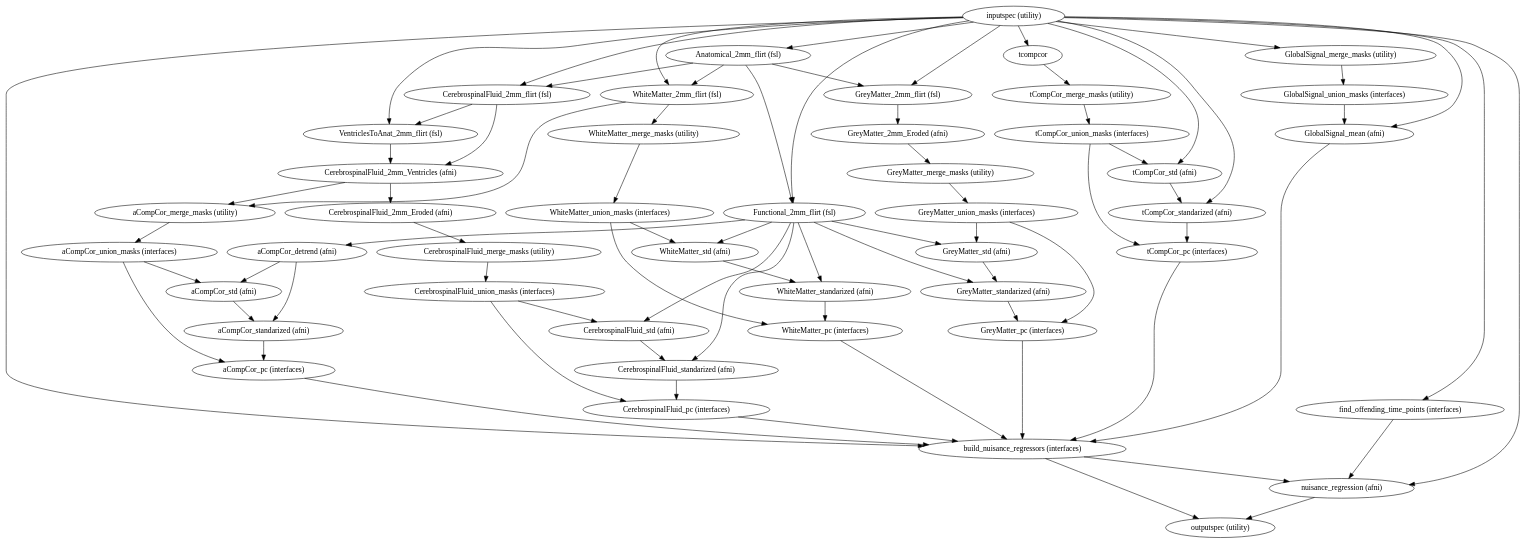
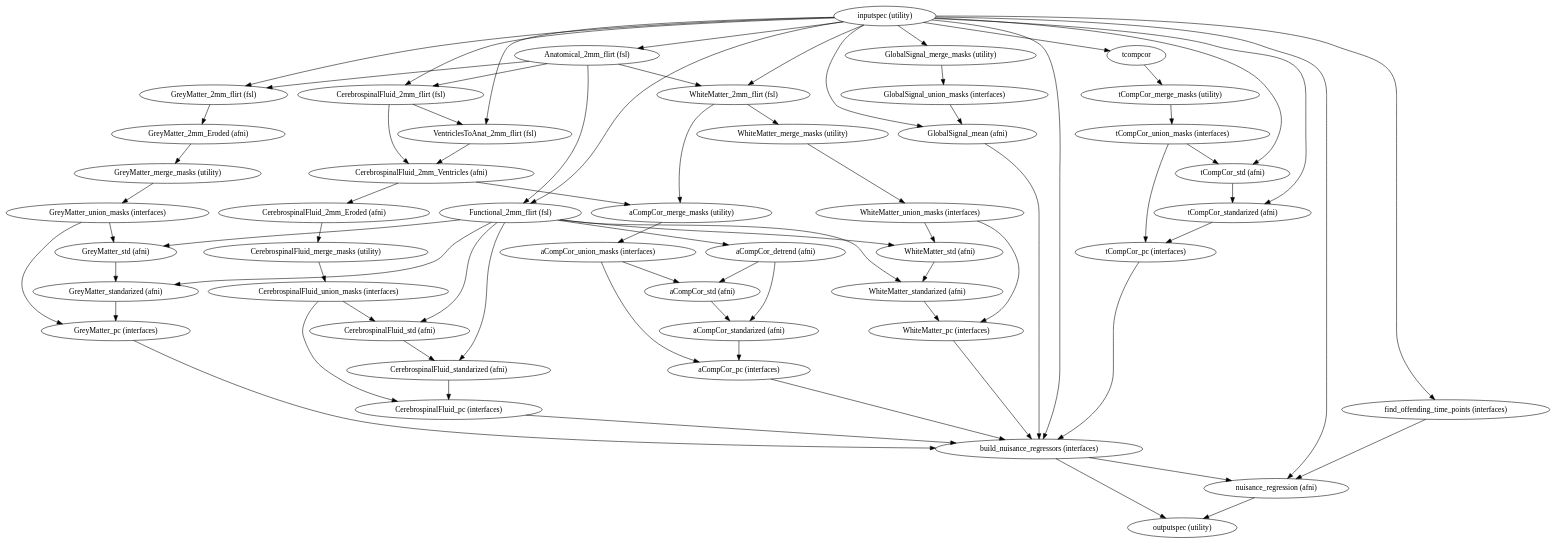
One commit to FCP-INDI/fcp-indi.github.io changed the diagram in docs/developer/workflows/images/generated/nuisance.dot. Above: the diagram before and after it, drawn with Graphviz. The commit also changed other lines of this file and 7 other files, not shown here.

```diff
--- a/docs/developer/workflows/images/generated/nuisance.dot
+++ b/docs/developer/workflows/images/generated/nuisance.dot
@@ -1,121 +1,121 @@
 strict digraph "" {
 "GlobalSignal_union_masks (interfaces)";
 "tCompCor_merge_masks (utility)";
 "CerebrospinalFluid_pc (interfaces)";
 "CerebrospinalFluid_2mm_Eroded (afni)";
 "Anatomical_2mm_flirt (fsl)";
 "inputspec (utility)";
 "GreyMatter_standarized (afni)";
 "aCompCor_detrend (afni)";
 "aCompCor_union_masks (interfaces)";
 "tCompCor_std (afni)";
-"GreyMatter_pc (interfaces)";
 "GreyMatter_union_masks (interfaces)";
 "WhiteMatter_standarized (afni)";
 "CerebrospinalFluid_std (afni)";
 "WhiteMatter_pc (interfaces)";
+"GlobalSignal_merge_masks (utility)";
 "CerebrospinalFluid_union_masks (interfaces)";
 "aCompCor_merge_masks (utility)";
-"find_offending_time_points (interfaces)";
+"GreyMatter_2mm_flirt (fsl)";
 "GlobalSignal_mean (afni)";
 tcompcor;
 "GreyMatter_2mm_Eroded (afni)";
 "CerebrospinalFluid_2mm_flirt (fsl)";
 "aCompCor_pc (interfaces)";
-"GreyMatter_2mm_flirt (fsl)";
 "WhiteMatter_2mm_flirt (fsl)";
 "tCompCor_standarized (afni)";
 "CerebrospinalFluid_merge_masks (utility)";
 "CerebrospinalFluid_standarized (afni)";
 "tCompCor_union_masks (interfaces)";
 "GreyMatter_std (afni)";
 "VentriclesToAnat_2mm_flirt (fsl)";
 "aCompCor_std (afni)";
 "WhiteMatter_merge_masks (utility)";
-"aCompCor_standarized (afni)";
-"GlobalSignal_merge_masks (utility)";
+"find_offending_time_points (interfaces)";
+"GreyMatter_pc (interfaces)";
 "nuisance_regression (afni)";
 "GreyMatter_merge_masks (utility)";
 "CerebrospinalFluid_2mm_Ventricles (afni)";
 "build_nuisance_regressors (interfaces)";
 "outputspec (utility)";
 "WhiteMatter_union_masks (interfaces)";
 "WhiteMatter_std (afni)";
 "Functional_2mm_flirt (fsl)";
 "tCompCor_pc (interfaces)";
+"aCompCor_standarized (afni)";
 "GlobalSignal_union_masks (interfaces)" -> "GlobalSignal_mean (afni)";
 "tCompCor_merge_masks (utility)" -> "tCompCor_union_masks (interfaces)";
 "CerebrospinalFluid_pc (interfaces)" -> "build_nuisance_regressors (interfaces)";
 "CerebrospinalFluid_2mm_Eroded (afni)" -> "CerebrospinalFluid_merge_masks (utility)";
 "Anatomical_2mm_flirt (fsl)" -> "Functional_2mm_flirt (fsl)";
 "Anatomical_2mm_flirt (fsl)" -> "CerebrospinalFluid_2mm_flirt (fsl)";
 "Anatomical_2mm_flirt (fsl)" -> "GreyMatter_2mm_flirt (fsl)";
 "Anatomical_2mm_flirt (fsl)" -> "WhiteMatter_2mm_flirt (fsl)";
 "inputspec (utility)" -> "nuisance_regression (afni)";
+"inputspec (utility)" -> "GlobalSignal_merge_masks (utility)";
 "inputspec (utility)" -> "build_nuisance_regressors (interfaces)";
-"inputspec (utility)" -> "WhiteMatter_2mm_flirt (fsl)";
 "inputspec (utility)" -> "tCompCor_standarized (afni)";
-"inputspec (utility)" -> tcompcor;
+"inputspec (utility)" -> "VentriclesToAnat_2mm_flirt (fsl)";
 "inputspec (utility)" -> "Anatomical_2mm_flirt (fsl)";
-"inputspec (utility)" -> "GlobalSignal_merge_masks (utility)";
 "inputspec (utility)" -> "Functional_2mm_flirt (fsl)";
 "inputspec (utility)" -> "GreyMatter_2mm_flirt (fsl)";
 "inputspec (utility)" -> "GlobalSignal_mean (afni)";
-"inputspec (utility)" -> "VentriclesToAnat_2mm_flirt (fsl)";
+"inputspec (utility)" -> tcompcor;
+"inputspec (utility)" -> "WhiteMatter_2mm_flirt (fsl)";
 "inputspec (utility)" -> "CerebrospinalFluid_2mm_flirt (fsl)";
 "inputspec (utility)" -> "find_offending_time_points (interfaces)";
 "inputspec (utility)" -> "tCompCor_std (afni)";
 "GreyMatter_standarized (afni)" -> "GreyMatter_pc (interfaces)";
 "aCompCor_detrend (afni)" -> "aCompCor_std (afni)";
 "aCompCor_detrend (afni)" -> "aCompCor_standarized (afni)";
 "aCompCor_union_masks (interfaces)" -> "aCompCor_std (afni)";
 "aCompCor_union_masks (interfaces)" -> "aCompCor_pc (interfaces)";
 "tCompCor_std (afni)" -> "tCompCor_standarized (afni)";
-"GreyMatter_pc (interfaces)" -> "build_nuisance_regressors (interfaces)";
 "GreyMatter_union_masks (interfaces)" -> "GreyMatter_pc (interfaces)";
 "GreyMatter_union_masks (interfaces)" -> "GreyMatter_std (afni)";
 "WhiteMatter_standarized (afni)" -> "WhiteMatter_pc (interfaces)";
 "CerebrospinalFluid_std (afni)" -> "CerebrospinalFluid_standarized (afni)";
 "WhiteMatter_pc (interfaces)" -> "build_nuisance_regressors (interfaces)";
+"GlobalSignal_merge_masks (utility)" -> "GlobalSignal_union_masks (interfaces)";
 "CerebrospinalFluid_union_masks (interfaces)" -> "CerebrospinalFluid_pc (interfaces)";
 "CerebrospinalFluid_union_masks (interfaces)" -> "CerebrospinalFluid_std (afni)";
 "aCompCor_merge_masks (utility)" -> "aCompCor_union_masks (interfaces)";
-"find_offending_time_points (interfaces)" -> "nuisance_regression (afni)";
+"GreyMatter_2mm_flirt (fsl)" -> "GreyMatter_2mm_Eroded (afni)";
 "GlobalSignal_mean (afni)" -> "build_nuisance_regressors (interfaces)";
 tcompcor -> "tCompCor_merge_masks (utility)";
 "GreyMatter_2mm_Eroded (afni)" -> "GreyMatter_merge_masks (utility)";
 "CerebrospinalFluid_2mm_flirt (fsl)" -> "CerebrospinalFluid_2mm_Ventricles (afni)";
 "CerebrospinalFluid_2mm_flirt (fsl)" -> "VentriclesToAnat_2mm_flirt (fsl)";
 "aCompCor_pc (interfaces)" -> "build_nuisance_regressors (interfaces)";
-"GreyMatter_2mm_flirt (fsl)" -> "GreyMatter_2mm_Eroded (afni)";
 "WhiteMatter_2mm_flirt (fsl)" -> "WhiteMatter_merge_masks (utility)";
 "WhiteMatter_2mm_flirt (fsl)" -> "aCompCor_merge_masks (utility)";
 "tCompCor_standarized (afni)" -> "tCompCor_pc (interfaces)";
 "CerebrospinalFluid_merge_masks (utility)" -> "CerebrospinalFluid_union_masks (interfaces)";
 "CerebrospinalFluid_standarized (afni)" -> "CerebrospinalFluid_pc (interfaces)";
 "tCompCor_union_masks (interfaces)" -> "tCompCor_pc (interfaces)";
 "tCompCor_union_masks (interfaces)" -> "tCompCor_std (afni)";
 "GreyMatter_std (afni)" -> "GreyMatter_standarized (afni)";
 "VentriclesToAnat_2mm_flirt (fsl)" -> "CerebrospinalFluid_2mm_Ventricles (afni)";
 "aCompCor_std (afni)" -> "aCompCor_standarized (afni)";
 "WhiteMatter_merge_masks (utility)" -> "WhiteMatter_union_masks (interfaces)";
-"aCompCor_standarized (afni)" -> "aCompCor_pc (interfaces)";
-"GlobalSignal_merge_masks (utility)" -> "GlobalSignal_union_masks (interfaces)";
+"find_offending_time_points (interfaces)" -> "nuisance_regression (afni)";
+"GreyMatter_pc (interfaces)" -> "build_nuisance_regressors (interfaces)";
 "nuisance_regression (afni)" -> "outputspec (utility)";
 "GreyMatter_merge_masks (utility)" -> "GreyMatter_union_masks (interfaces)";
 "CerebrospinalFluid_2mm_Ventricles (afni)" -> "aCompCor_merge_masks (utility)";
 "CerebrospinalFluid_2mm_Ventricles (afni)" -> "CerebrospinalFluid_2mm_Eroded (afni)";
 "build_nuisance_regressors (interfaces)" -> "nuisance_regression (afni)";
 "build_nuisance_regressors (interfaces)" -> "outputspec (utility)";
 "WhiteMatter_union_masks (interfaces)" -> "WhiteMatter_pc (interfaces)";
 "WhiteMatter_union_masks (interfaces)" -> "WhiteMatter_std (afni)";
 "WhiteMatter_std (afni)" -> "WhiteMatter_standarized (afni)";
+"Functional_2mm_flirt (fsl)" -> "aCompCor_detrend (afni)";
 "Functional_2mm_flirt (fsl)" -> "GreyMatter_std (afni)";
 "Functional_2mm_flirt (fsl)" -> "WhiteMatter_standarized (afni)";
+"Functional_2mm_flirt (fsl)" -> "CerebrospinalFluid_standarized (afni)";
+"Functional_2mm_flirt (fsl)" -> "WhiteMatter_std (afni)";
+"Functional_2mm_flirt (fsl)" -> "GreyMatter_standarized (afni)";
 "Functional_2mm_flirt (fsl)" -> "CerebrospinalFluid_std (afni)";
-"Functional_2mm_flirt (fsl)" -> "CerebrospinalFluid_standarized (afni)";
-"Functional_2mm_flirt (fsl)" -> "GreyMatter_standarized (afni)";
-"Functional_2mm_flirt (fsl)" -> "WhiteMatter_std (afni)";
-"Functional_2mm_flirt (fsl)" -> "aCompCor_detrend (afni)";
 "tCompCor_pc (interfaces)" -> "build_nuisance_regressors (interfaces)";
+"aCompCor_standarized (afni)" -> "aCompCor_pc (interfaces)";
 }
```
